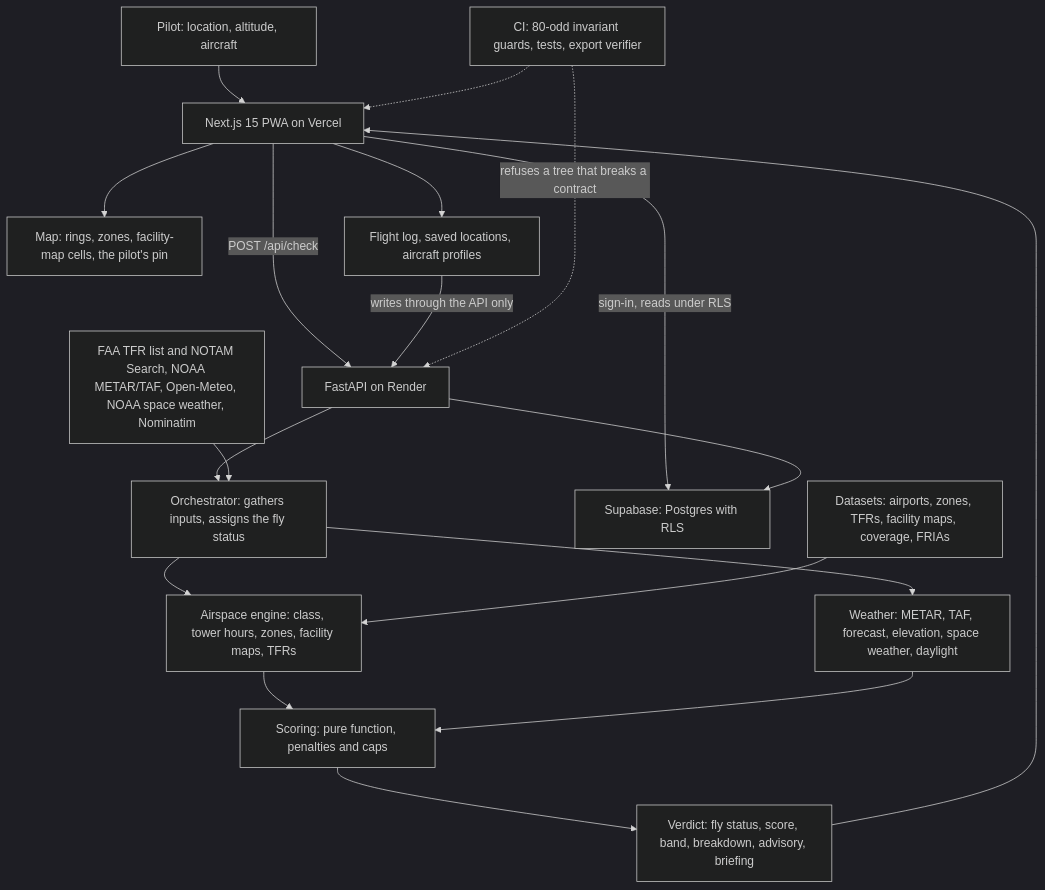
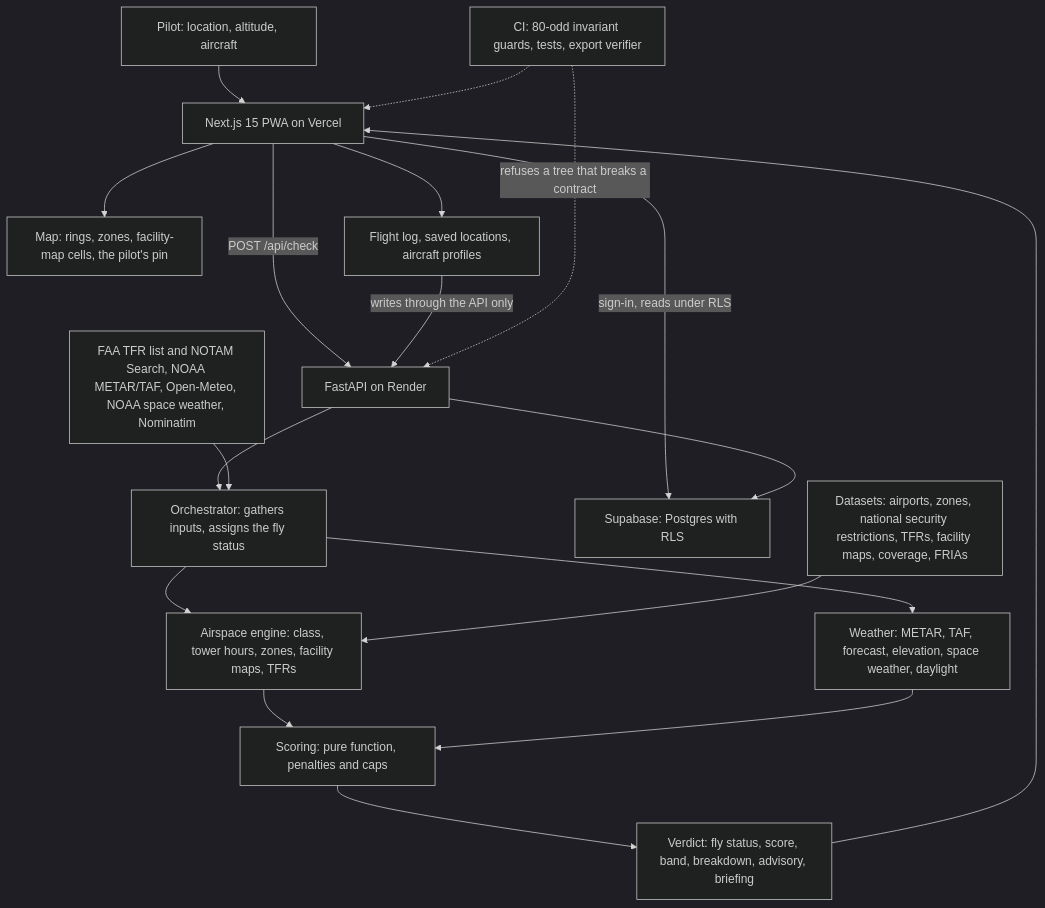
One commit to jha-ayush/uas-skycheck-architecture changed the diagram in README.md. Above: the diagram before and after it, drawn with Mermaid (dark theme). The commit also changed other lines of this file, not shown here.

First line of the commit message:
The FAA's national security restrictions are a dataset: the README says so

````diff
--- a/README.md
+++ b/README.md
@@ -79,21 +79,21 @@
 ```mermaid
 flowchart TD
     P["Pilot: location, altitude, aircraft"] --> FE["Next.js 15 PWA on Vercel"]
     FE -->|"POST /api/check"| API["FastAPI on Render"]
     API --> ORC["Orchestrator: gathers inputs, assigns the fly status"]
     ORC --> GEO["Airspace engine: class, tower hours, zones, facility maps, TFRs"]
     ORC --> WX["Weather: METAR, TAF, forecast, elevation, space weather, daylight"]
     GEO --> SC["Scoring: pure function, penalties and caps"]
     WX --> SC
     SC --> RESP["Verdict: fly status, score, band, breakdown, advisory, briefing"]
     RESP --> FE
     FE --> MAP["Map: rings, zones, facility-map cells, the pilot's pin"]
     FE --> LOG["Flight log, saved locations, aircraft profiles"]
     LOG -->|"writes through the API only"| API
     FE -->|"sign-in, reads under RLS"| SB["Supabase: Postgres with RLS"]
     API --> SB
-    DS["Datasets: airports, zones, TFRs, facility maps, coverage, FRIAs"] --> GEO
+    DS["Datasets: airports, zones, national security restrictions, TFRs, facility maps, coverage, FRIAs"] --> GEO
     EXT["FAA TFR list and NOTAM Search, NOAA METAR/TAF, Open-Meteo, NOAA space weather, Nominatim"] --> ORC
     CI["CI: 80-odd invariant guards, tests, export verifier"] -.->|"refuses a tree that breaks a contract"| API
     CI -.-> FE
 ```
````
